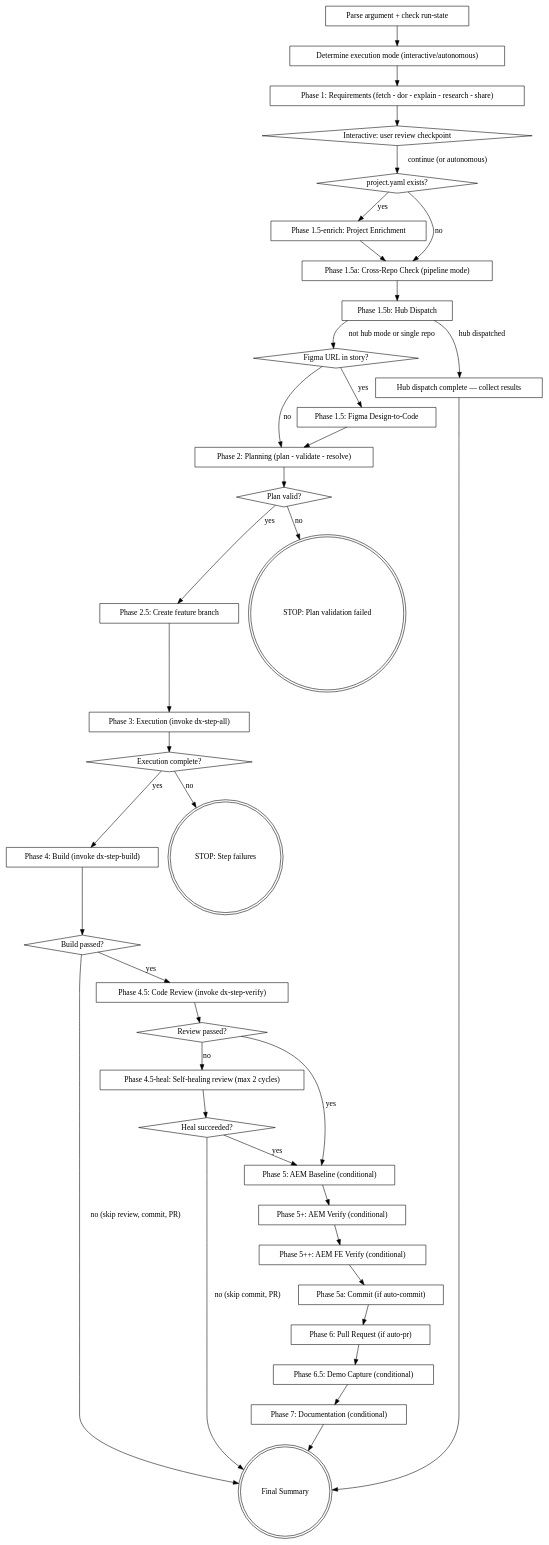
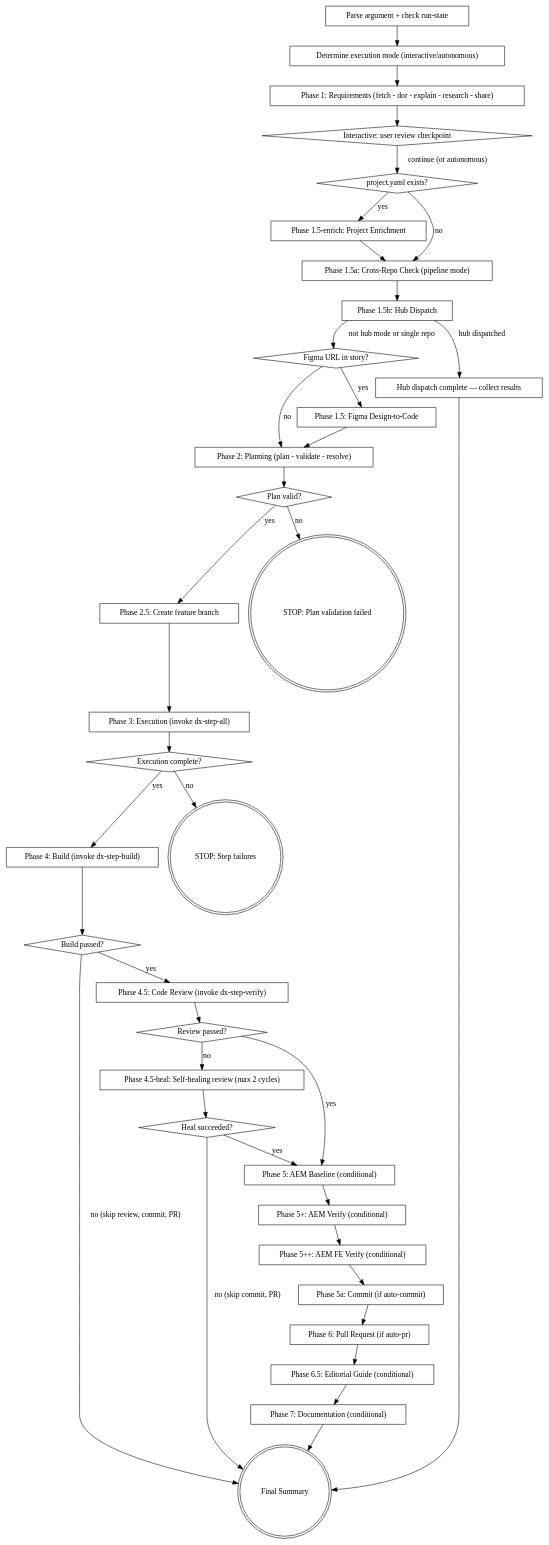
The diagram in plugins/dx-core/skills/dx-agent-all/SKILL.md (easingthemes/dx-aem-flow), drawn with Graphviz before and after one commit. The commit also changed other lines of this file and 24 other files, not shown here.

First line of the commit message:
refactor: rename aem-demo to aem-editorial-guide

````diff
--- a/plugins/dx-core/skills/dx-agent-all/SKILL.md
+++ b/plugins/dx-core/skills/dx-agent-all/SKILL.md
@@ -132,74 +132,74 @@
 ```dot
 digraph agent_all {
     "Parse argument + check run-state" [shape=box];
     "Determine execution mode (interactive/autonomous)" [shape=box];
     "Phase 1: Requirements (fetch - dor - explain - research - share)" [shape=box];
     "Interactive: user review checkpoint" [shape=diamond];
     "project.yaml exists?" [shape=diamond];
     "Phase 1.5-enrich: Project Enrichment" [shape=box];
     "Figma URL in story?" [shape=diamond];
     "Phase 1.5: Figma Design-to-Code" [shape=box];
     "Phase 1.5a: Cross-Repo Check (pipeline mode)" [shape=box];
     "Phase 1.5b: Hub Dispatch" [shape=box];
     "Hub dispatch complete — collect results" [shape=box];
     "Phase 2: Planning (plan - validate - resolve)" [shape=box];
     "Plan valid?" [shape=diamond];
     "STOP: Plan validation failed" [shape=doublecircle];
     "Phase 2.5: Create feature branch" [shape=box];
     "Phase 3: Execution (invoke dx-step-all)" [shape=box];
     "Execution complete?" [shape=diamond];
     "STOP: Step failures" [shape=doublecircle];
     "Phase 4: Build (invoke dx-step-build)" [shape=box];
     "Build passed?" [shape=diamond];
     "Phase 4.5: Code Review (invoke dx-step-verify)" [shape=box];
     "Review passed?" [shape=diamond];
     "Phase 4.5-heal: Self-healing review (max 2 cycles)" [shape=box];
     "Heal succeeded?" [shape=diamond];
     "Phase 5: AEM Baseline (conditional)" [shape=box];
     "Phase 5+: AEM Verify (conditional)" [shape=box];
     "Phase 5++: AEM FE Verify (conditional)" [shape=box];
     "Phase 5a: Commit (if auto-commit)" [shape=box];
     "Phase 6: Pull Request (if auto-pr)" [shape=box];
-    "Phase 6.5: Demo Capture (conditional)" [shape=box];
+    "Phase 6.5: Editorial Guide (conditional)" [shape=box];
     "Phase 7: Documentation (conditional)" [shape=box];
     "Final Summary" [shape=doublecircle];
 
     "Parse argument + check run-state" -> "Determine execution mode (interactive/autonomous)";
     "Determine execution mode (interactive/autonomous)" -> "Phase 1: Requirements (fetch - dor - explain - research - share)";
     "Phase 1: Requirements (fetch - dor - explain - research - share)" -> "Interactive: user review checkpoint";
     "Interactive: user review checkpoint" -> "project.yaml exists?" [label="continue (or autonomous)"];
     "project.yaml exists?" -> "Phase 1.5-enrich: Project Enrichment" [label="yes"];
     "project.yaml exists?" -> "Phase 1.5a: Cross-Repo Check (pipeline mode)" [label="no"];
     "Phase 1.5-enrich: Project Enrichment" -> "Phase 1.5a: Cross-Repo Check (pipeline mode)";
     "Phase 1.5a: Cross-Repo Check (pipeline mode)" -> "Phase 1.5b: Hub Dispatch";
     "Phase 1.5b: Hub Dispatch" -> "Figma URL in story?" [label="not hub mode or single repo"];
     "Phase 1.5b: Hub Dispatch" -> "Hub dispatch complete — collect results" [label="hub dispatched"];
     "Hub dispatch complete — collect results" -> "Final Summary";
     "Figma URL in story?" -> "Phase 1.5: Figma Design-to-Code" [label="yes"];
     "Figma URL in story?" -> "Phase 2: Planning (plan - validate - resolve)" [label="no"];
     "Phase 1.5: Figma Design-to-Code" -> "Phase 2: Planning (plan - validate - resolve)";
     "Phase 2: Planning (plan - validate - resolve)" -> "Plan valid?";
     "Plan valid?" -> "STOP: Plan validation failed" [label="no"];
     "Plan valid?" -> "Phase 2.5: Create feature branch" [label="yes"];
     "Phase 2.5: Create feature branch" -> "Phase 3: Execution (invoke dx-step-all)";
     "Phase 3: Execution (invoke dx-step-all)" -> "Execution complete?";
     "Execution complete?" -> "STOP: Step failures" [label="no"];
     "Execution complete?" -> "Phase 4: Build (invoke dx-step-build)" [label="yes"];
     "Phase 4: Build (invoke dx-step-build)" -> "Build passed?";
     "Build passed?" -> "Phase 4.5: Code Review (invoke dx-step-verify)" [label="yes"];
     "Build passed?" -> "Final Summary" [label="no (skip review, commit, PR)"];
     "Phase 4.5: Code Review (invoke dx-step-verify)" -> "Review passed?";
     "Review passed?" -> "Phase 5: AEM Baseline (conditional)" [label="yes"];
     "Review passed?" -> "Phase 4.5-heal: Self-healing review (max 2 cycles)" [label="no"];
     "Phase 4.5-heal: Self-healing review (max 2 cycles)" -> "Heal succeeded?";
     "Heal succeeded?" -> "Phase 5: AEM Baseline (conditional)" [label="yes"];
     "Heal succeeded?" -> "Final Summary" [label="no (skip commit, PR)"];
     "Phase 5: AEM Baseline (conditional)" -> "Phase 5+: AEM Verify (conditional)";
     "Phase 5+: AEM Verify (conditional)" -> "Phase 5++: AEM FE Verify (conditional)";
     "Phase 5++: AEM FE Verify (conditional)" -> "Phase 5a: Commit (if auto-commit)";
     "Phase 5a: Commit (if auto-commit)" -> "Phase 6: Pull Request (if auto-pr)";
-    "Phase 6: Pull Request (if auto-pr)" -> "Phase 6.5: Demo Capture (conditional)";
-    "Phase 6.5: Demo Capture (conditional)" -> "Phase 7: Documentation (conditional)";
+    "Phase 6: Pull Request (if auto-pr)" -> "Phase 6.5: Editorial Guide (conditional)";
+    "Phase 6.5: Editorial Guide (conditional)" -> "Phase 7: Documentation (conditional)";
     "Phase 7: Documentation (conditional)" -> "Final Summary";
 }
 ```
````
